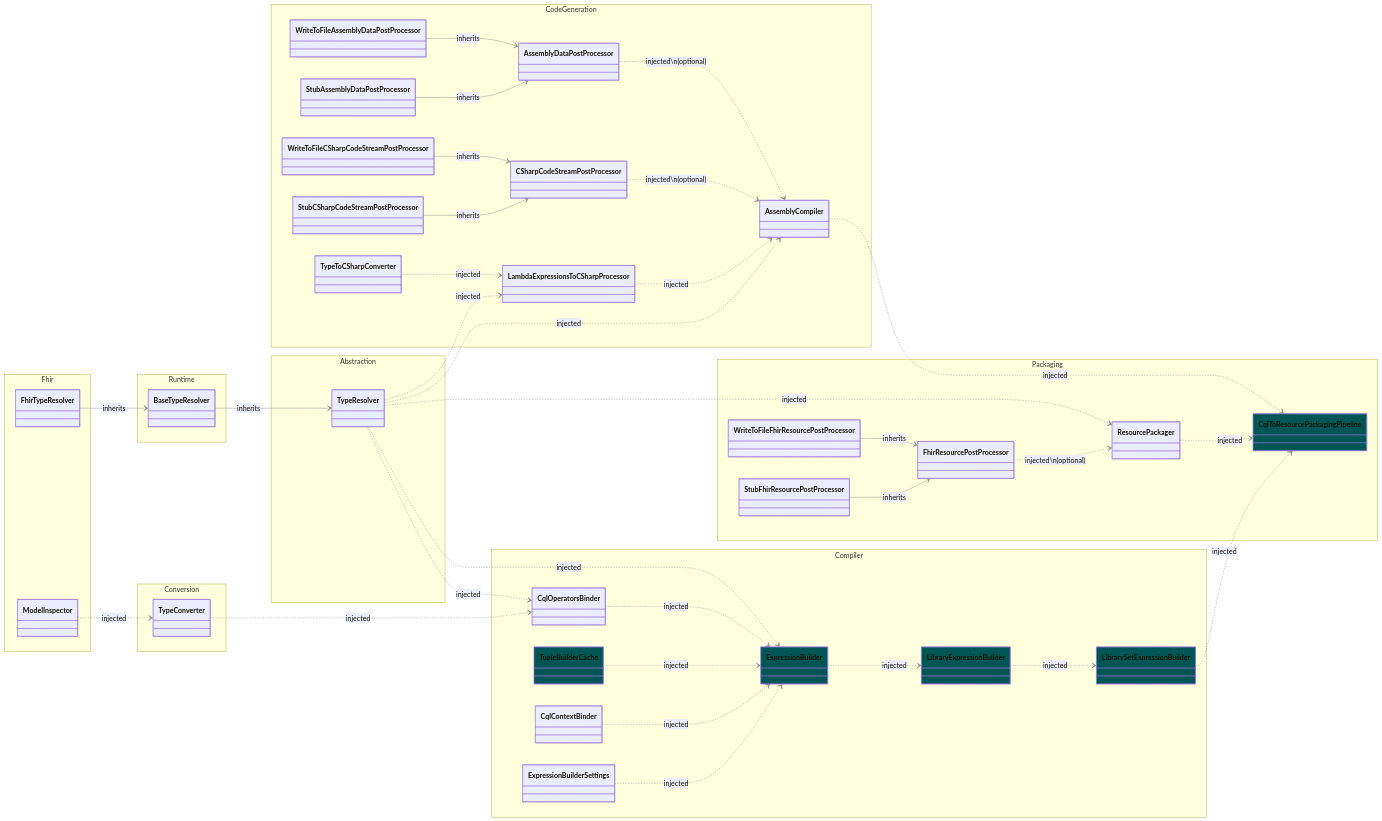
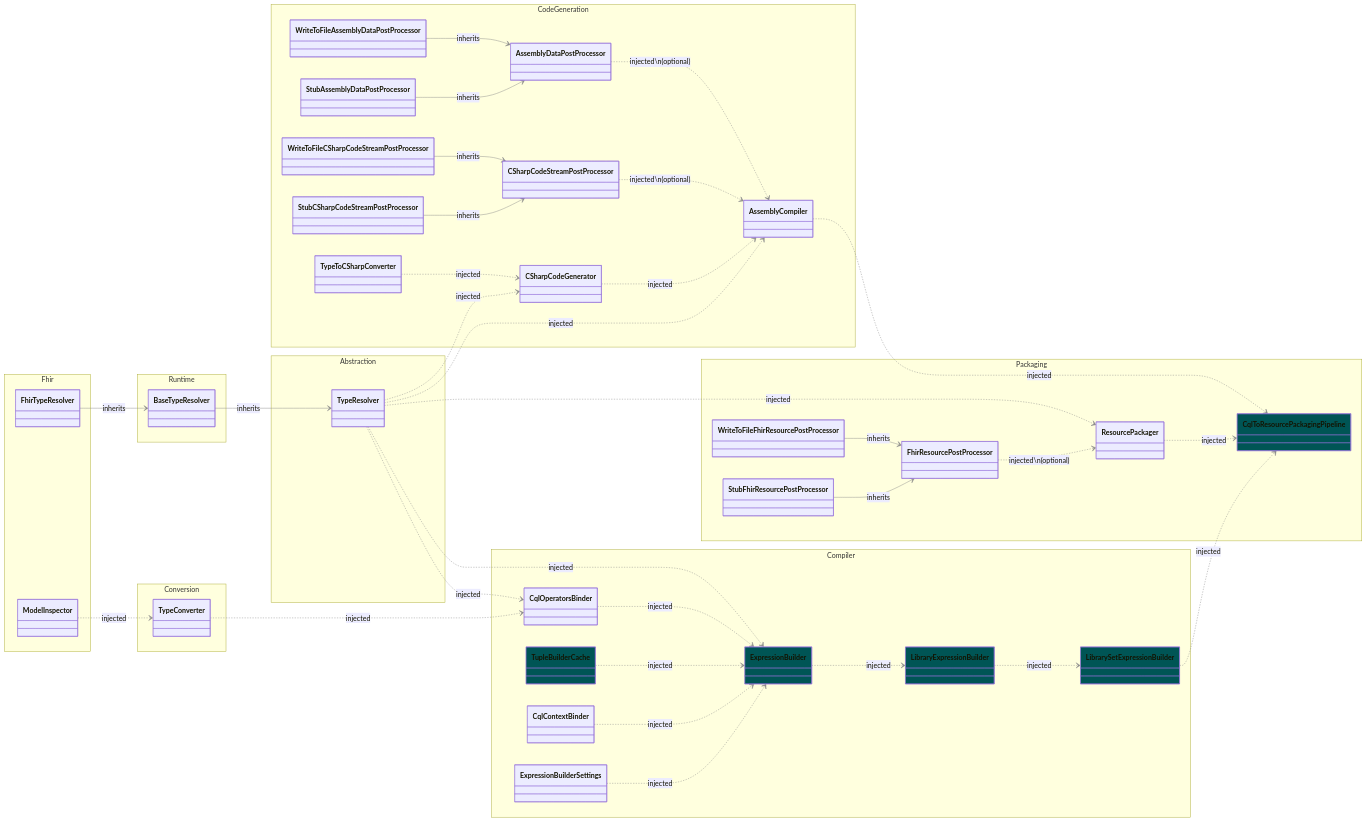
One commit to FirelyTeam/firely-cql-sdk changed the diagram in docs/packager-cli-dependency-graph.md. Above: the diagram before and after it, drawn with Mermaid. The commit also changed 143 other files, not shown here.

```diff
--- a/docs/packager-cli-dependency-graph.md
+++ b/docs/packager-cli-dependency-graph.md
@@ -38,7 +38,7 @@
         class WriteToFileAssemblyDataPostProcessor { }
         class StubAssemblyDataPostProcessor { }
         class TypeToCSharpConverter { }
-        class LambdaExpressionsToCSharpProcessor { }
+        class CSharpCodeGenerator { }
         class AssemblyCompiler { }
     }
 
@@ -103,14 +103,14 @@
 
     ModelInspector ..> TypeConverter : injected  
 
-    TypeToCSharpConverter ..> LambdaExpressionsToCSharpProcessor : injected
+    TypeToCSharpConverter ..> CSharpCodeGenerator : injected
 
     AssemblyDataPostProcessor ..> AssemblyCompiler : injected\n(optional)
     CSharpCodeStreamPostProcessor ..> AssemblyCompiler : injected\n(optional)
-    LambdaExpressionsToCSharpProcessor ..> AssemblyCompiler : injected
+    CSharpCodeGenerator ..> AssemblyCompiler : injected
     TypeResolver ..> AssemblyCompiler : injected
 
-    TypeResolver ..> LambdaExpressionsToCSharpProcessor : injected
+    TypeResolver ..> CSharpCodeGenerator : injected
 
     AssemblyCompiler ..> CqlToResourcePackagingPipeline : injected
     ResourcePackager ..> CqlToResourcePackagingPipeline : injected 
```
